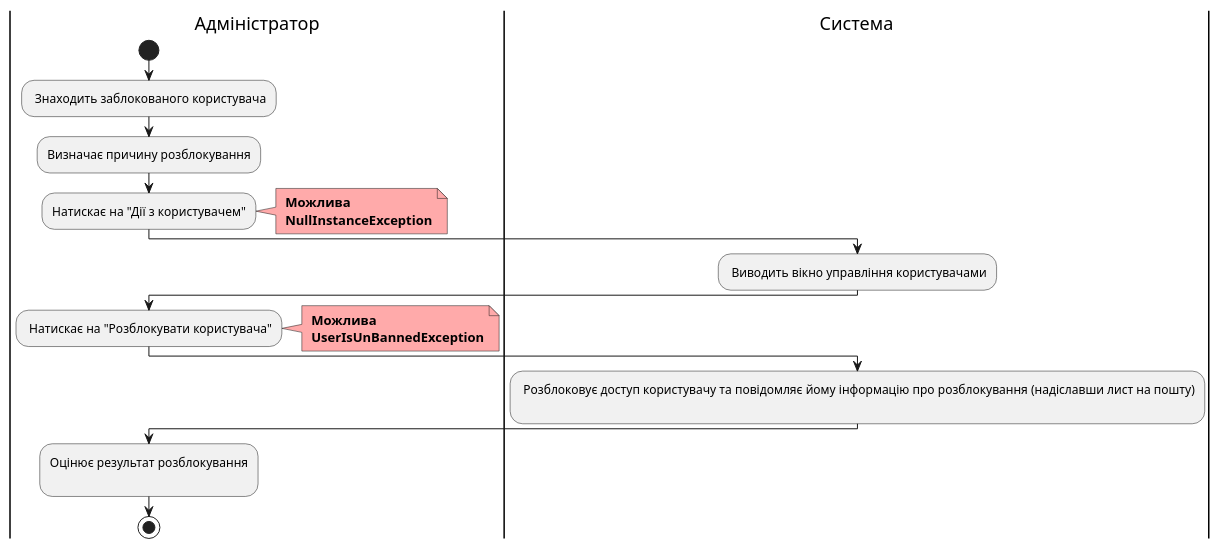
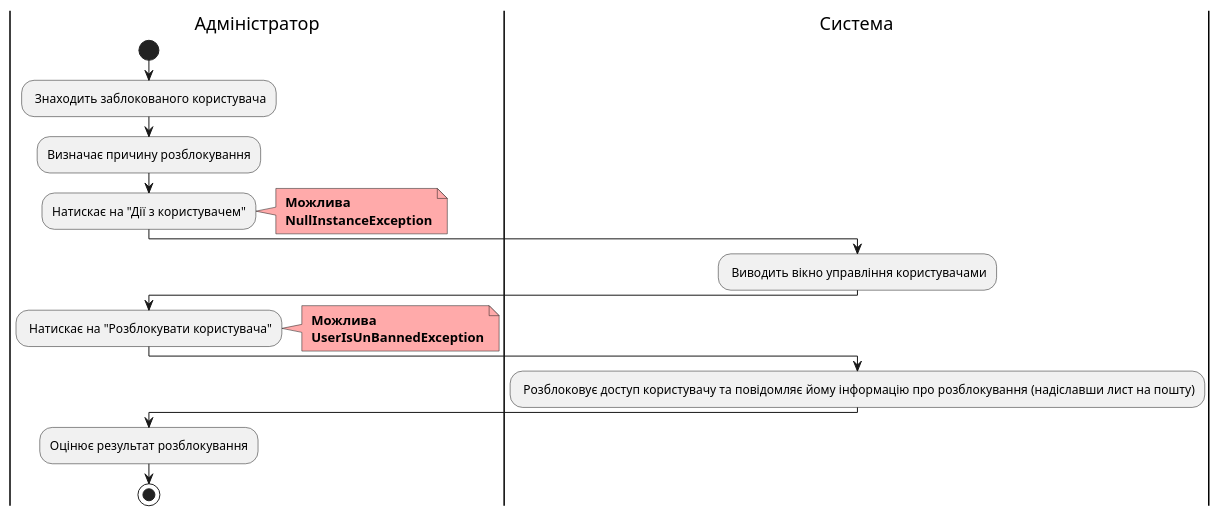
Before and after one commit to witchkaa/databases-course-work: diagram 22 of 23 in docs/use cases/README.md, drawn with PlantUML. The commit also changed other lines of this file, not shown here.

```diff
--- a/docs/use cases/README.md
+++ b/docs/use cases/README.md
@@ -899,37 +898,35 @@
 @startuml
 
-|Адміністратор|
-start;
-: Знаходить заблокованого користувача;
+    |Адміністратор|
+    start;
+    : Знаходить заблокованого користувача;
+    
+    |Адміністратор|
+    :Визначає причину розблокування;
 
-|Адміністратор|
-:Визначає причину розблокування;
+    |Адміністратор|
+    :Натискає на "Дії з користувачем";
+    note right #ffaaaa
+    <b> Можлива
+    <b> NullInstanceException
+    end note
 
-|Адміністратор|
-:Натискає на "Дії з користувачем";
-note right #ffaaaa
-<b> Можлива
-<b> NullInstanceException
-end note
-
-|Система|
+    |Система|
     : Виводить вікно управління користувачами;
 
-|Адміністратор|
-: Натискає на "Розблокувати користувача";
-note right #ffaaaa
-<b> Можлива
-<b> UserIsUnBannedException
-end note
+    |Адміністратор|
+    : Натискає на "Розблокувати користувача";
+    note right #ffaaaa
+    <b> Можлива
+    <b> UserIsUnBannedException
+    end note
 
-|Система|
-: Розблоковує доступ користувачу та повідомляє йому інформацію про розблокування (надіславши лист на пошту)
-;
+    |Система|
+    : Розблоковує доступ користувачу та повідомляє йому інформацію про розблокування (надіславши лист на пошту);
 
-|Адміністратор|
-:Оцінює результат розблокування
-;
+    |Адміністратор|
+    :Оцінює результат розблокування;   
 
-|Адміністратор|
+    |Адміністратор|
     stop;
 @enduml
```
